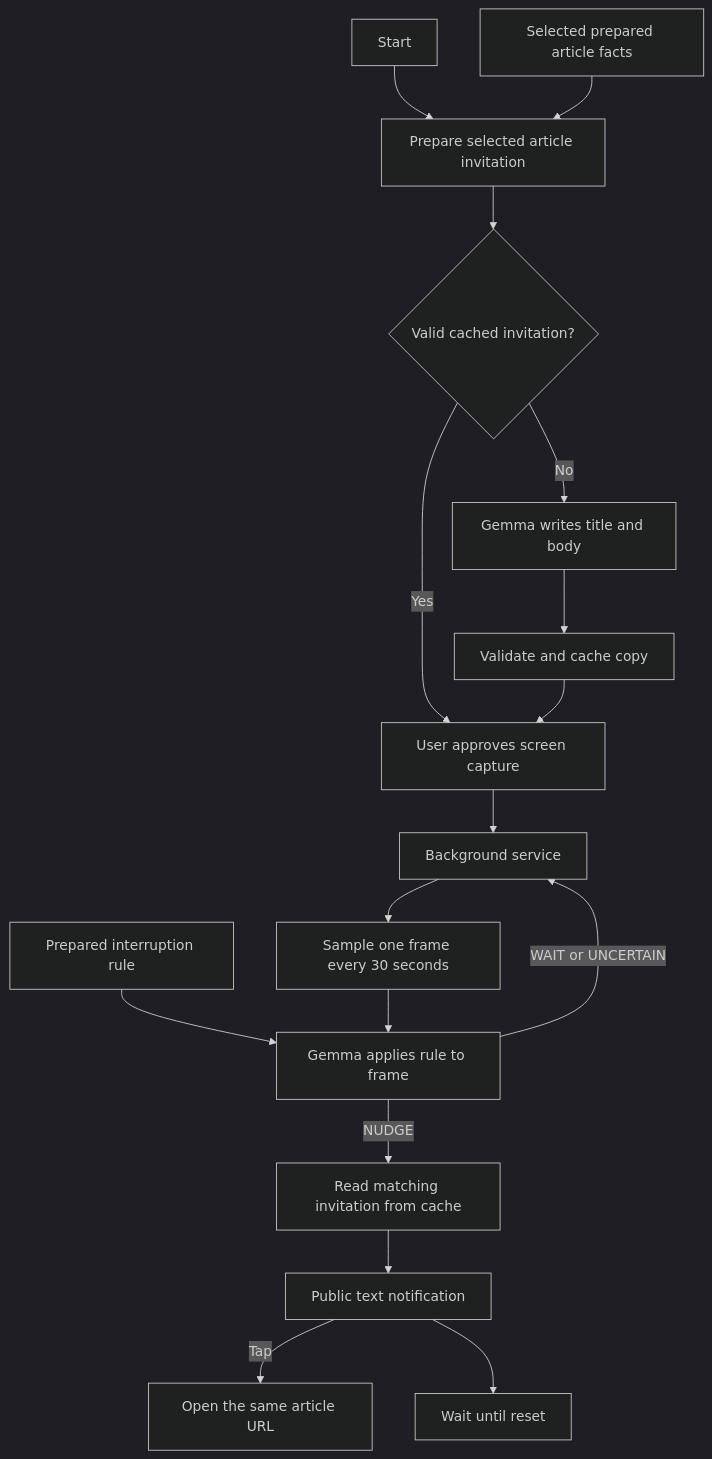
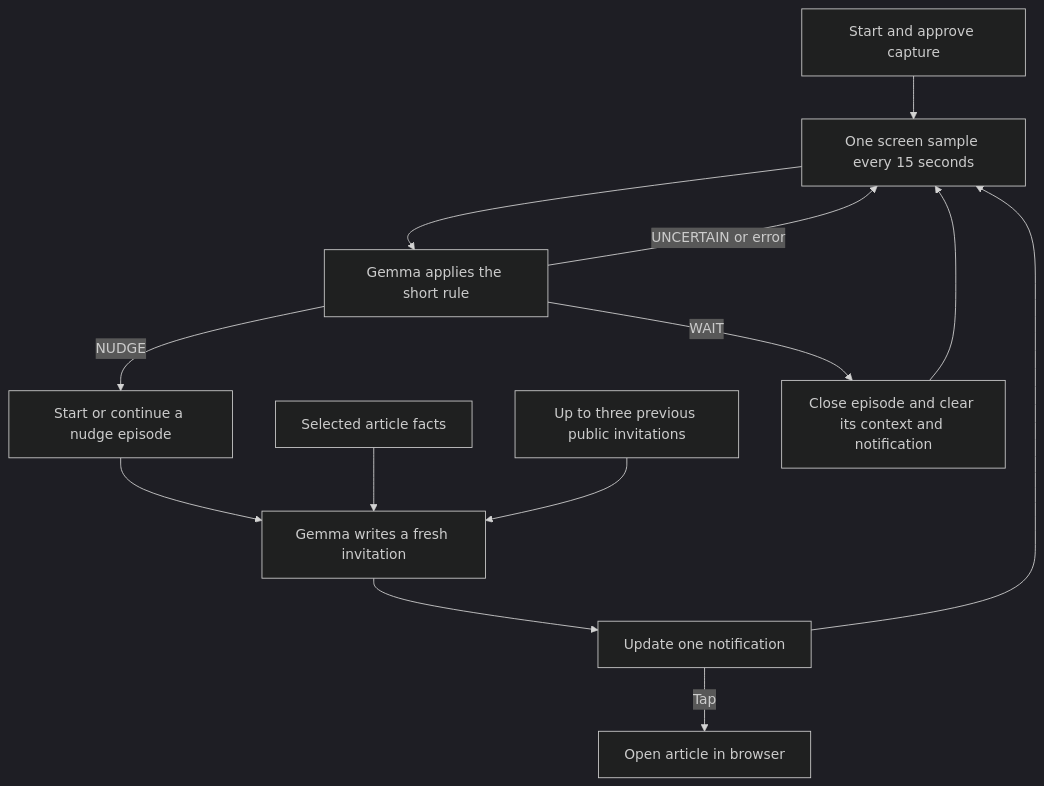
One commit to rrwwee/productivity changed the diagram in docs/demo-v2.md. Above: the diagram before and after it, drawn with Mermaid (dark theme). The commit also changed other lines of this file and 19 other files, not shown here.

Commit message:
Continue nudge episodes and write fresh direct invitations

````diff
--- a/docs/demo-v2.md
+++ b/docs/demo-v2.md
@@ -14,19 +8,15 @@
 ```mermaid
 flowchart TD
-    Start[Start] --> Prepare[Prepare selected article invitation]
-    Article[Selected prepared article facts] --> Prepare
-    Prepare --> Cache{Valid cached invitation?}
-    Cache -->|No| Writer[Gemma writes title and body]
-    Writer --> Validate[Validate and cache copy]
-    Cache -->|Yes| Permission[User approves screen capture]
-    Validate --> Permission
-    Permission --> Service[Background service]
-    Service --> Frame[Sample one frame every 30 seconds]
-    Rule[Prepared interruption rule] --> Judge[Gemma applies rule to frame]
-    Frame --> Judge
-    Judge -->|WAIT or UNCERTAIN| Service
-    Judge -->|NUDGE| Copy[Read matching invitation from cache]
-    Copy --> Notify[Public text notification]
-    Notify -->|Tap| Link[Open the same article URL]
-    Notify --> Quiet[Wait until reset]
+    Start[Start and approve capture] --> Sample[One screen sample every 15 seconds]
+    Sample --> Judge[Gemma applies the short rule]
+    Judge -->|NUDGE| Episode[Start or continue a nudge episode]
+    Episode --> Write[Gemma writes a fresh invitation]
+    Facts[Selected article facts] --> Write
+    History[Up to three previous public invitations] --> Write
+    Write --> Notify[Update one notification]
+    Notify --> Sample
+    Judge -->|WAIT| Resolve[Close episode and clear its context and notification]
+    Resolve --> Sample
+    Judge -->|UNCERTAIN or error| Sample
+    Notify -->|Tap| Article[Open article in browser]
 ```
````
